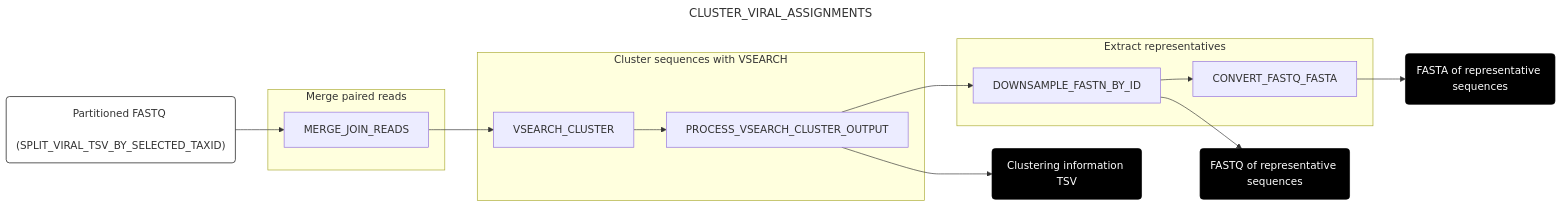
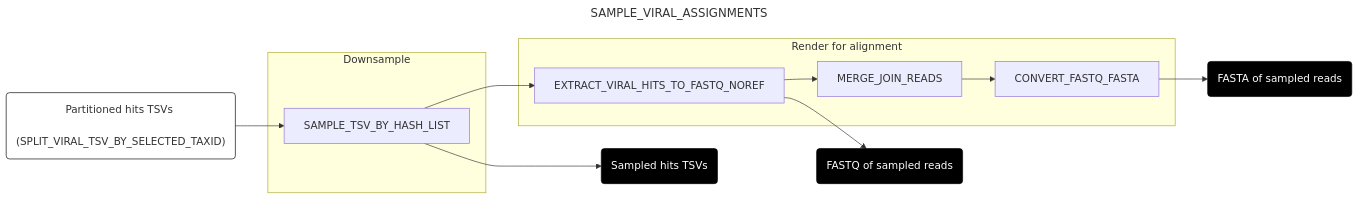
Before and after one commit to securebio/nao-mgs-workflow: the seventh of 10 diagrams in docs/downstream.md, drawn with Mermaid. The commit also changed other lines of this file and 67 other files, not shown here.

````diff
--- a/docs/downstream.md
+++ b/docs/downstream.md
@@ -359,31 +383,27 @@
 ```mermaid
 ---
-title: CLUSTER_VIRAL_ASSIGNMENTS
+title: SAMPLE_VIRAL_ASSIGNMENTS
 config:
   layout: horizontal
 ---
 flowchart LR
-A("Partitioned FASTQ <br> (SPLIT_VIRAL_TSV_BY_SELECTED_TAXID)") --> B[MERGE_JOIN_READS]
-B --> C[VSEARCH_CLUSTER]
-C --> D[PROCESS_VSEARCH_CLUSTER_OUTPUT]
-D --> E[DOWNSAMPLE_FASTN_BY_ID]
-E --> F[CONVERT_FASTQ_FASTA]
-F --> G(FASTA of representative sequences)
-E --> H(FASTQ of representative sequences)
-D --> I(Clustering information TSV)
-subgraph "Merge paired reads"
+A("Partitioned hits TSVs <br> (SPLIT_VIRAL_TSV_BY_SELECTED_TAXID)") --> B[SAMPLE_TSV_BY_HASH_LIST]
+B --> C[EXTRACT_VIRAL_HITS_TO_FASTQ_NOREF]
+C --> D[MERGE_JOIN_READS]
+D --> E[CONVERT_FASTQ_FASTA]
+B --> H(Sampled hits TSVs)
+C --> I(FASTQ of sampled reads)
+E --> G(FASTA of sampled reads)
+subgraph "Downsample"
 B
 end
-subgraph "Cluster sequences with VSEARCH"
+subgraph "Render for alignment"
 C
 D
-end
-subgraph "Extract representatives"
 E
-F
 end
 style A fill:#fff,stroke:#000
 style G fill:#000,color:#fff,stroke:#000
 style H fill:#000,color:#fff,stroke:#000
 style I fill:#000,color:#fff,stroke:#000
 ```
````
